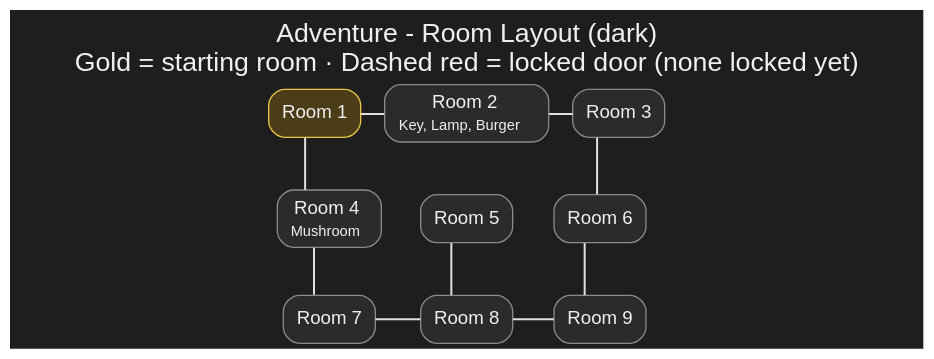
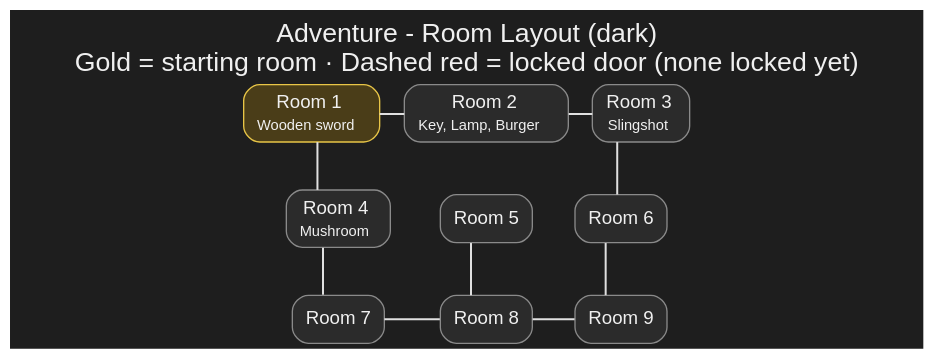
Before and after one commit to mwnDK1402/Adventure: the diagram in docs/room-diagram-dark.dot, drawn with Graphviz. The commit also changed 3 other files, not shown here.

Commit message:
Add wooden sword and slingshot to room layout

```diff
--- a/docs/room-diagram-dark.dot
+++ b/docs/room-diagram-dark.dot
@@ -1,63 +1,63 @@
 graph Rooms {
     label = "Adventure - Room Layout (dark)\nGold = starting room · Dashed red = locked door (none locked yet)";
     labelloc = t;
     fontname = "Helvetica";
     fontsize = 20;
     fontcolor = "#F0F0F0";
     bgcolor = "#1E1E1E";
     rankdir = TB;
     splines = ortho;
     node [shape = box, style = "rounded,filled", fontname = "Helvetica", fontsize = 14, fillcolor = "#2B2B2B", color = "#8A8A8A", fontcolor = "#F0F0F0"];
     edge [color = "#E0E0E0", penwidth = 1.5];
 
     { rank = same; r1; r2; r3; }
     { rank = same; r4; r5; r6; }
     { rank = same; r7; r8; r9; }
 
-    r1 [label = "Room 1", fillcolor = "#4A3D18", color = "#E8C547"];
+    r1 [label = <<TABLE BORDER="0" CELLBORDER="0" CELLSPACING="0"><TR><TD>Room 1</TD></TR><TR><TD><FONT POINT-SIZE="11">Wooden sword</FONT></TD></TR></TABLE>>, fillcolor = "#4A3D18", color = "#E8C547"];
     r2 [label = <<TABLE BORDER="0" CELLBORDER="0" CELLSPACING="0"><TR><TD>Room 2</TD></TR><TR><TD><FONT POINT-SIZE="11">Key, Lamp, Burger</FONT></TD></TR></TABLE>>];
-    r3 [label = "Room 3"];
+    r3 [label = <<TABLE BORDER="0" CELLBORDER="0" CELLSPACING="0"><TR><TD>Room 3</TD></TR><TR><TD><FONT POINT-SIZE="11">Slingshot</FONT></TD></TR></TABLE>>];
     r4 [label = <<TABLE BORDER="0" CELLBORDER="0" CELLSPACING="0"><TR><TD>Room 4</TD></TR><TR><TD><FONT POINT-SIZE="11">Mushroom</FONT></TD></TR></TABLE>>];
     r5 [label = "Room 5"];
     r6 [label = "Room 6"];
     r7 [label = "Room 7"];
     r8 [label = "Room 8"];
     r9 [label = "Room 9"];
 
     // Room connections, mirroring Map.buildMap():
     //   room2.setWestEast(room1, room2)   -> r1 -- r2
     //   room1.setNorthSouth(room1, room4) -> r1 -- r4
     //   room3.setWestEast(room2, room3)   -> r2 -- r3
     //   room3.setNorthSouth(room3, room6) -> r3 -- r6
     //   room4.setNorthSouth(room4, room7) -> r4 -- r7
     //   room7.setWestEast(room7, room8)   -> r7 -- r8
     //   room5.setNorthSouth(room5, room8) -> r5 -- r8
     //   room8.setWestEast(room8, room9)   -> r8 -- r9
     //   room6.setNorthSouth(room6, room9) -> r6 -- r9
     r1 -- r2;
     r2 -- r3;
     r3 -- r6;
     r1 -- r4;
     r4 -- r7;
     r7 -- r8;
     r8 -- r9;
     r5 -- r8;
     r6 -- r9;
 
     // Locked doors: none active. Map.buildMap() keeps `room2.setLock(true)`
     // commented out. Note that Room.lock is per-room, not per-direction, so
     // enabling it blocks BOTH approaches to Room 2, not just the one from Room 1:
     //   r1 -- r2 [color = "#FF6B6B", style = "dashed", penwidth = 2.5];
     //   r2 -- r3 [color = "#FF6B6B", style = "dashed", penwidth = 2.5];
 
     // Invisible edges, used only to hold the grid layout
     edge [style = invis, color = "white"];
     r1 -- r4;
     r4 -- r7;
     r2 -- r5;
     r5 -- r8;
     r3 -- r6;
     r6 -- r9;
     r4 -- r5;
     r5 -- r6;
 }
```
